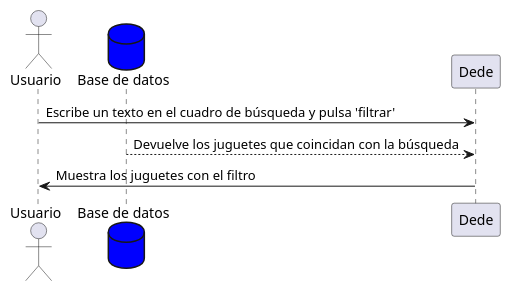
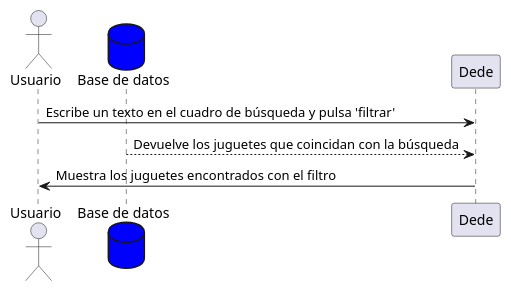
Before and after one commit to Arquisoft/dede_es2a: the fourth of 4 diagrams in docs/06_runtime_view.adoc, drawn with PlantUML. The commit also changed 1 other file, not shown here.

Commit message:
Doc
Cambios pequeños

```diff
--- a/docs/06_runtime_view.adoc
+++ b/docs/06_runtime_view.adoc
@@ -79,8 +79,8 @@
 [plantuml,"Sequence diagram",png]
 ----
 actor Usuario
 database BaseDeDatos as "Base de datos" #blue
 Usuario -> Dede: Escribe un texto en el cuadro de búsqueda y pulsa 'filtrar'
 BaseDeDatos --> Dede: Devuelve los juguetes que coincidan con la búsqueda
-Usuario <- Dede: Muestra los juguetes con el filtro
+Usuario <- Dede: Muestra los juguetes encontrados con el filtro
 ----
```
